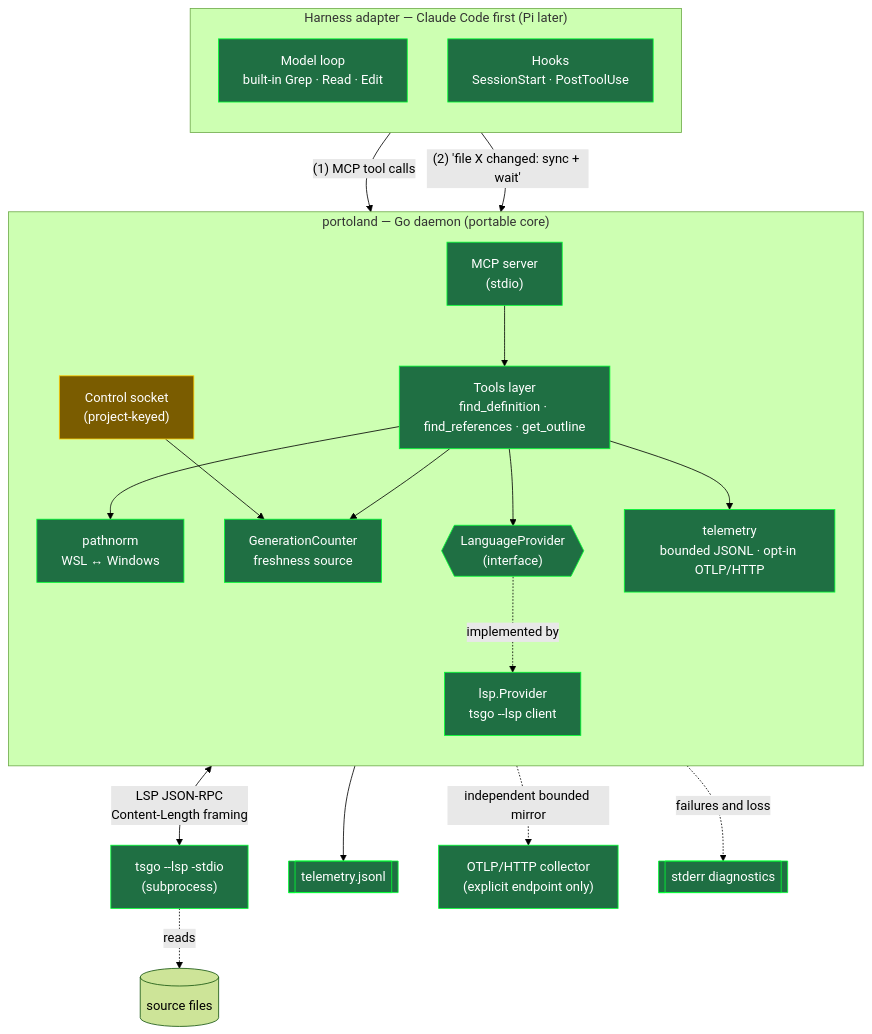
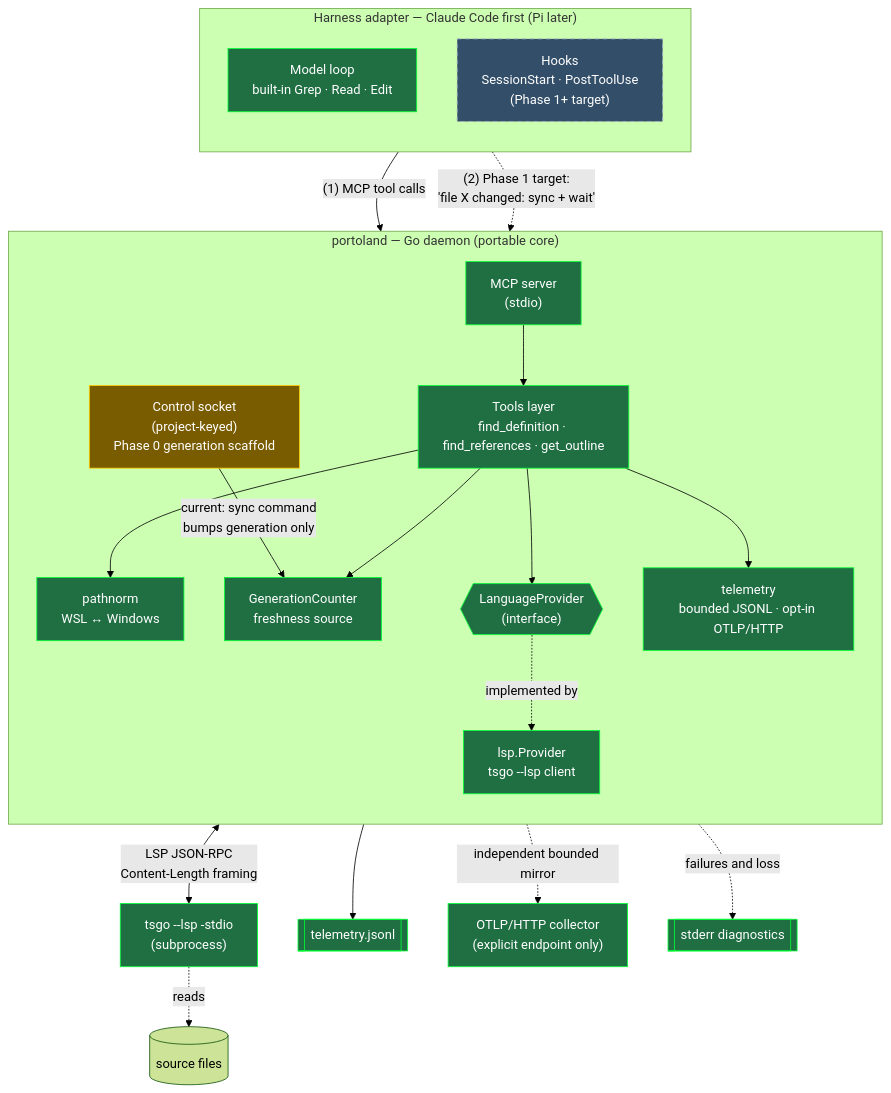
The first of 6 diagrams in ARCHITECTURE.md (skflowne/portolan), drawn with Mermaid (forest theme) before and after one commit. The commit also changed other lines of this file and 2 other files, not shown here.

Commit message:
Clarify current edit-sync scaffold status

````diff
--- a/ARCHITECTURE.md
+++ b/ARCHITECTURE.md
@@ -19,46 +19,48 @@
 ```mermaid
 flowchart TB
     subgraph Harness["Harness adapter — Claude Code first (Pi later)"]
         direction TB
         Model["Model loop<br/>built-in Grep · Read · Edit"]
-        Hooks["Hooks<br/>SessionStart · PostToolUse"]
+        Hooks["Hooks<br/>SessionStart · PostToolUse<br/>(Phase 1+ target)"]
     end
 
     subgraph Daemon["portoland — Go daemon (portable core)"]
         direction TB
         MCP["MCP server<br/>(stdio)"]
-        Ctl["Control socket<br/>(project-keyed)"]
+        Ctl["Control socket<br/>(project-keyed)<br/>Phase 0 generation scaffold"]
         Tools["Tools layer<br/>find_definition · find_references · get_outline"]
         Gen["GenerationCounter<br/>freshness source"]
         Prov{{"LanguageProvider<br/>(interface)"}}
         LSP["lsp.Provider<br/>tsgo --lsp client"]
         Path["pathnorm<br/>WSL ↔ Windows"]
         Tel["telemetry<br/>bounded JSONL · opt-in OTLP/HTTP"]
     end
 
     Tsgo["tsgo --lsp -stdio<br/>(subprocess)"]
     Files[("source files")]
     JSONL[["telemetry.jsonl"]]
     OTLP["OTLP/HTTP collector<br/>(explicit endpoint only)"]
     Stderr[["stderr diagnostics"]]
 
     Model -->|"(1) MCP tool calls"| MCP
-    Hooks -->|"(2) 'file X changed: sync + wait'"| Ctl
+    Hooks -.->|"(2) Phase 1 target:<br/>'file X changed: sync + wait'"| Ctl
     MCP --> Tools
     Tools --> Path
     Tools --> Gen
     Tools --> Prov
     Tools --> Tel
     Prov -. implemented by .-> LSP
     LSP <-->|"LSP JSON-RPC<br/>Content-Length framing"| Tsgo
     Tsgo -.reads.-> Files
-    Ctl --> Gen
+    Ctl -->|"current: sync command<br/>bumps generation only"| Gen
     Tel --> JSONL
     Tel -. independent bounded mirror .-> OTLP
     Tel -. failures and loss .-> Stderr
 
     classDef built fill:#1f6f43,stroke:#0f3,color:#fff;
     classDef scaffold fill:#7a5c00,stroke:#fc0,color:#fff;
-    class Model,Hooks,MCP,Tools,Gen,Prov,LSP,Path,Tel,Tsgo,JSONL,OTLP,Stderr built;
+    classDef future fill:#334e68,stroke:#9fb3c8,color:#fff,stroke-dasharray: 5 5;
+    class Model,MCP,Tools,Gen,Prov,LSP,Path,Tel,Tsgo,JSONL,OTLP,Stderr built;
     class Ctl scaffold;
+    class Hooks future;
 ```
````
